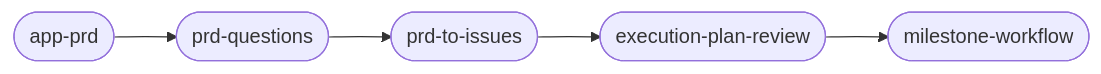
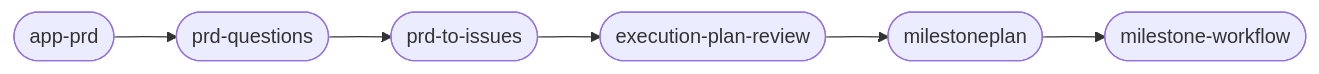
One commit to richkuo/rk-skills changed the second of 2 diagrams in README.md. Above: the diagram before and after it, drawn with Mermaid. The commit also changed other lines of this file and 6 other files, not shown here.

First line of the commit message:
feat(milestoneplan): add read-only milestone pre-flight before the workflow runs [C38, Opus 5, high] (#77)

````diff
--- a/README.md
+++ b/README.md
@@ -74,4 +74,4 @@
 ```mermaid
 flowchart LR
-    A([app-prd]) --> B([prd-questions]) --> C([prd-to-issues]) --> D([execution-plan-review]) --> E([milestone-workflow])
+    A([app-prd]) --> B([prd-questions]) --> C([prd-to-issues]) --> D([execution-plan-review]) --> E([milestoneplan]) --> F([milestone-workflow])
 ```
````
